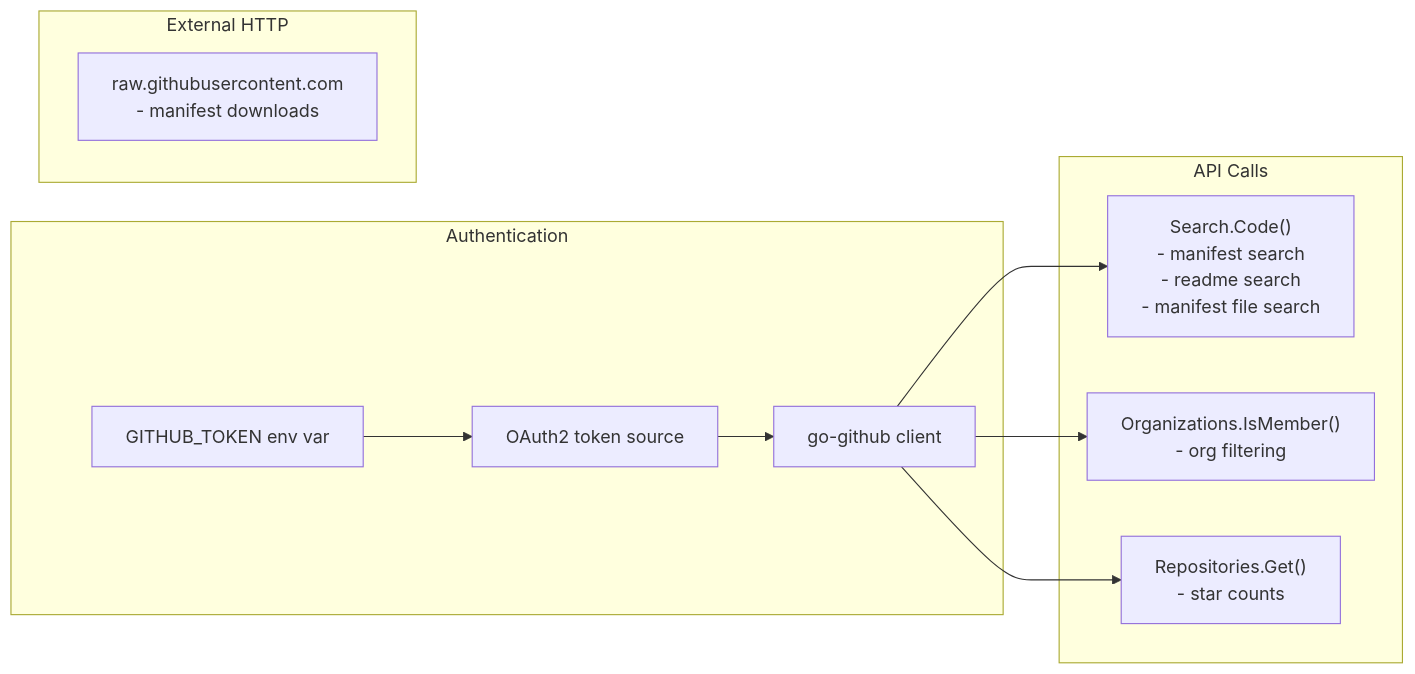
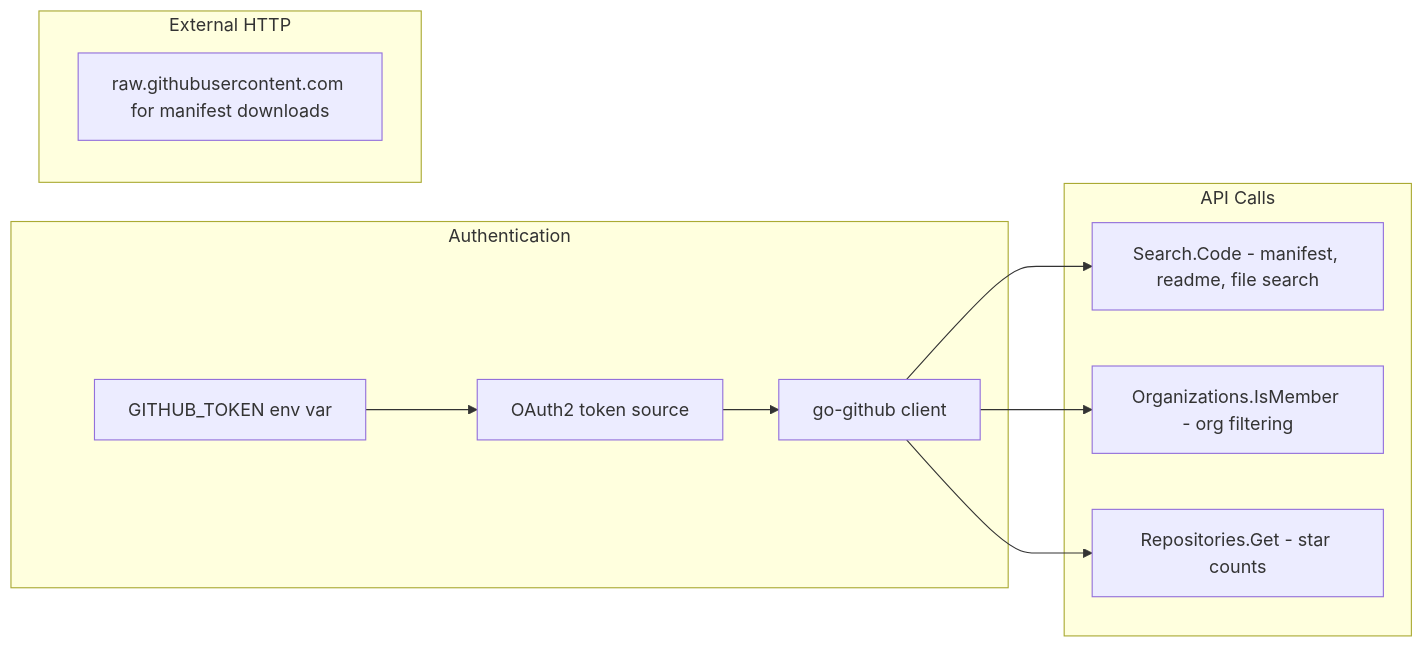
One commit to stahnma/gh-flox changed the tenth of 12 diagrams in README.md. Above: the diagram before and after it, drawn with Mermaid. The commit also changed other lines of this file, not shown here.

First line of the commit message:
Fix Mermaid diagram syntax for GitHub rendering

````diff
--- a/README.md
+++ b/README.md
@@ -263,17 +248,17 @@
 ```mermaid
 flowchart LR
     subgraph auth["Authentication"]
         A1[GITHUB_TOKEN env var] --> A2[OAuth2 token source]
         A2 --> A3[go-github client]
     end
 
     subgraph api["API Calls"]
-        A3 --> B1["Search.Code()\n- manifest search\n- readme search\n- manifest file search"]
-        A3 --> B2["Organizations.IsMember()\n- org filtering"]
-        A3 --> B3["Repositories.Get()\n- star counts"]
+        A3 --> B1["Search.Code - manifest, readme, file search"]
+        A3 --> B2["Organizations.IsMember - org filtering"]
+        A3 --> B3["Repositories.Get - star counts"]
     end
 
     subgraph external["External HTTP"]
-        E1["raw.githubusercontent.com\n- manifest downloads"]
+        E1["raw.githubusercontent.com for manifest downloads"]
     end
 ```
````
